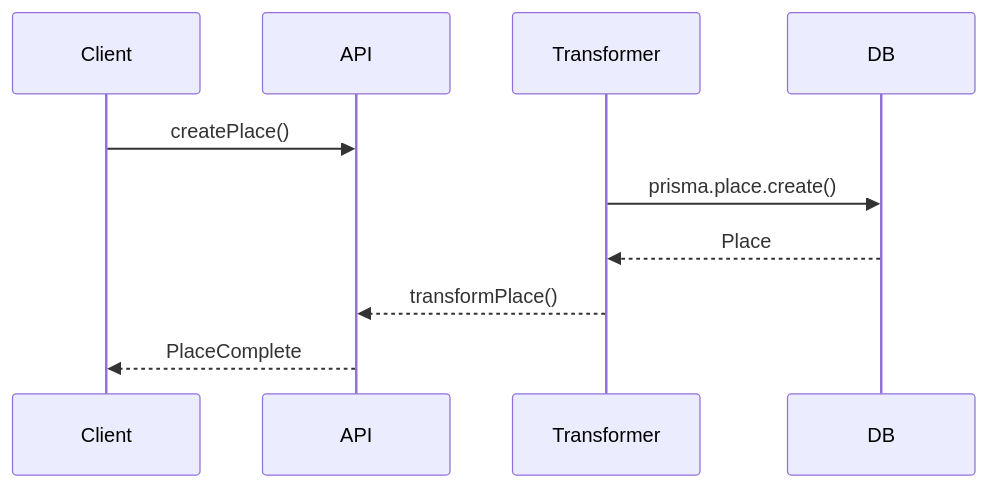
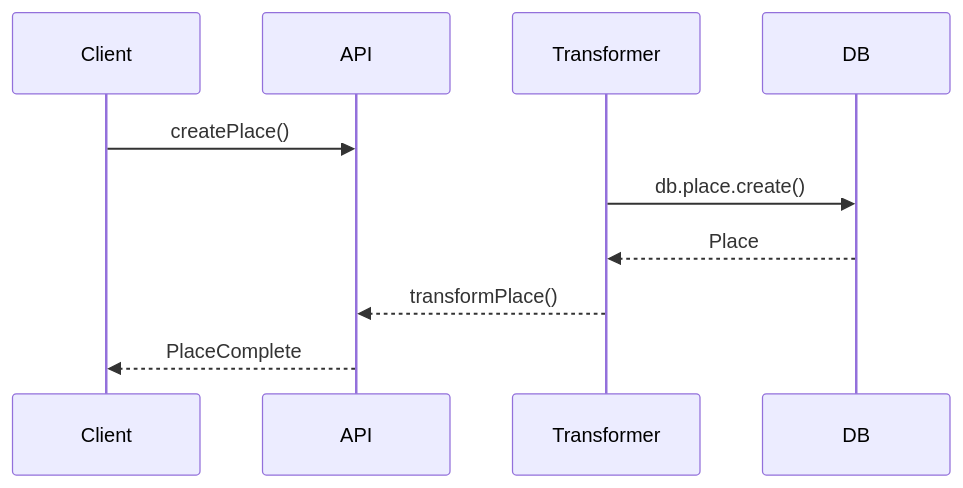
One commit to gvastethecreator/media-manager changed the second of 2 diagrams in src/types/entities/place/documentation.md. Above: the diagram before and after it, drawn with Mermaid. The commit also changed 185 other files, not shown here.

````diff
--- a/src/types/entities/place/documentation.md
+++ b/src/types/entities/place/documentation.md
@@ -51,13 +51,13 @@
 ```mermaid
 sequenceDiagram
     participant Client
     participant API
     participant Transformer
     participant DB
     Client->>API: createPlace()
     
-    Transformer->>DB: prisma.place.create()
+    Transformer->>DB: db.place.create()
     DB-->>Transformer: Place
     Transformer-->>API: transformPlace()
     API-->>Client: PlaceComplete
 ```
````
